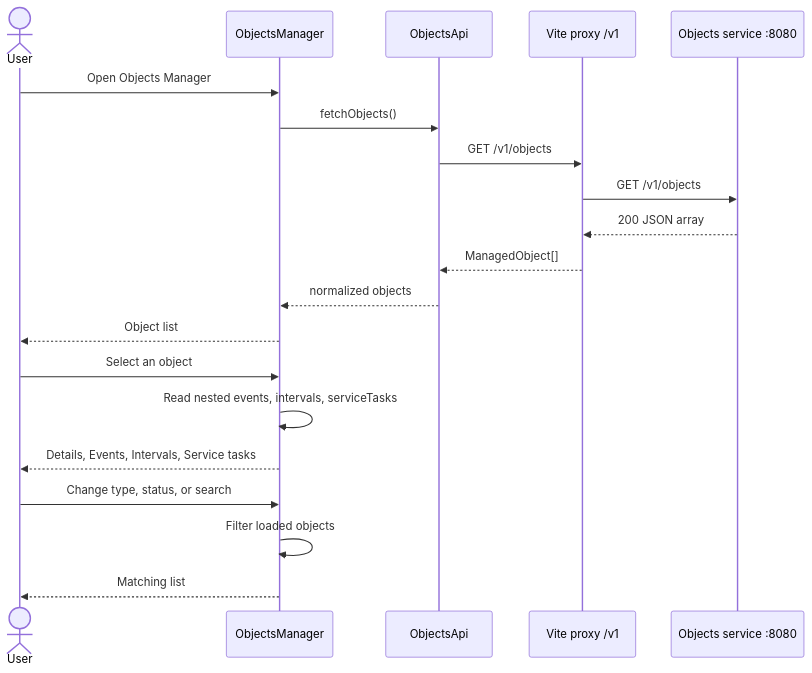
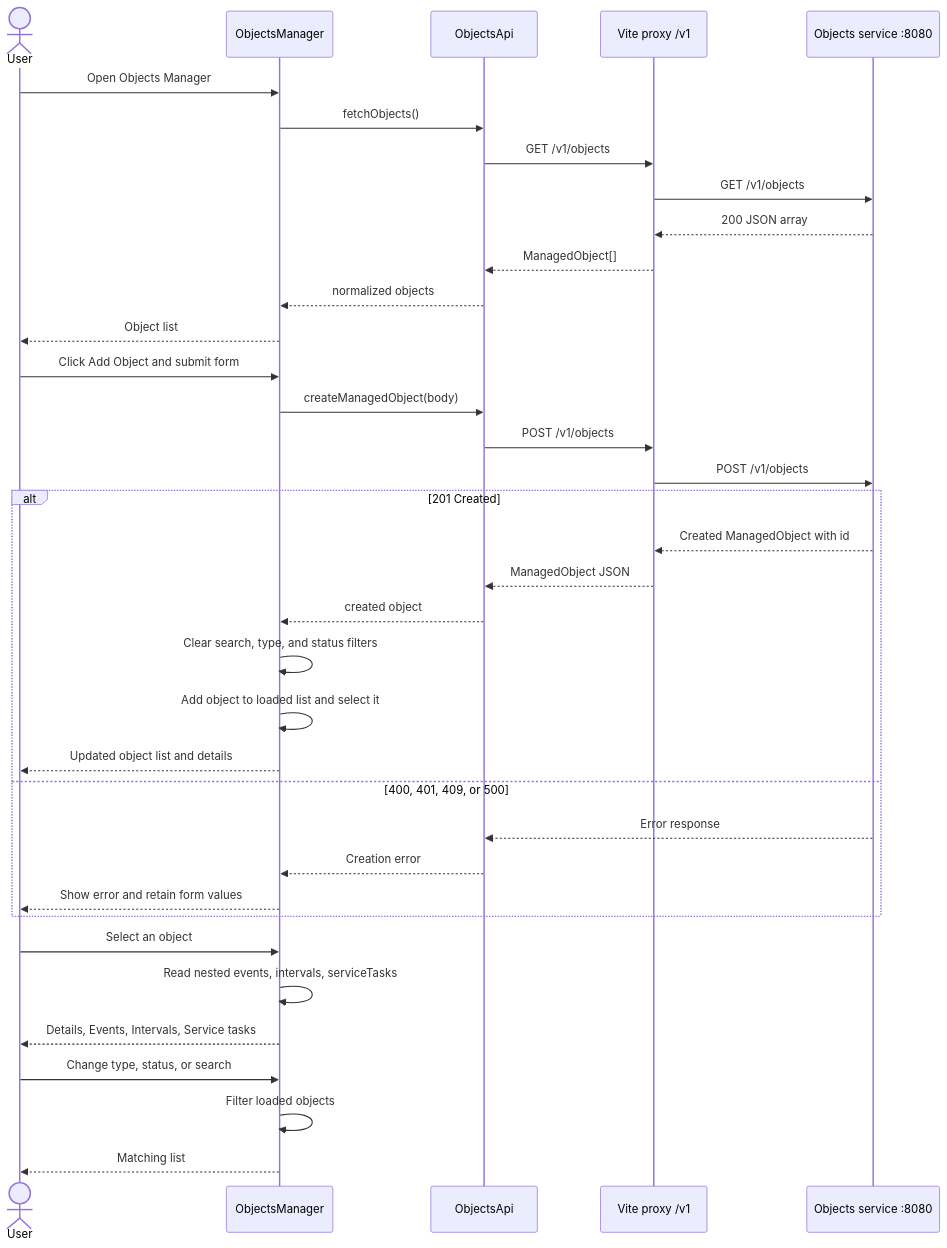
The second of 2 diagrams in doc/api.md (Dmitri-Lamdan/kinkeep-wb), drawn with Mermaid before and after one commit. The commit also changed other lines of this file and 8 other files, not shown here.

````diff
--- a/doc/api.md
+++ b/doc/api.md
@@ -139,25 +210,42 @@
 ```mermaid
 sequenceDiagram
     actor User
     participant Form as ObjectsManager
     participant Client as ObjectsApi
     participant Proxy as Vite proxy /v1
     participant API as Objects service :8080
 
     User->>Form: Open Objects Manager
     Form->>Client: fetchObjects()
     Client->>Proxy: GET /v1/objects
     Proxy->>API: GET /v1/objects
     API-->>Proxy: 200 JSON array
     Proxy-->>Client: ManagedObject[]
     Client-->>Form: normalized objects
     Form-->>User: Object list
 
+    User->>Form: Click Add Object and submit form
+    Form->>Client: createManagedObject(body)
+    Client->>Proxy: POST /v1/objects
+    Proxy->>API: POST /v1/objects
+    alt 201 Created
+        API-->>Proxy: Created ManagedObject with id
+        Proxy-->>Client: ManagedObject JSON
+        Client-->>Form: created object
+        Form->>Form: Clear search, type, and status filters
+        Form->>Form: Add object to loaded list and select it
+        Form-->>User: Updated object list and details
+    else 400, 401, 409, or 500
+        API-->>Client: Error response
+        Client-->>Form: Creation error
+        Form-->>User: Show error and retain form values
+    end
+
     User->>Form: Select an object
     Form->>Form: Read nested events, intervals, serviceTasks
     Form-->>User: Details, Events, Intervals, Service tasks
 
     User->>Form: Change type, status, or search
     Form->>Form: Filter loaded objects
     Form-->>User: Matching list
 ```
````
